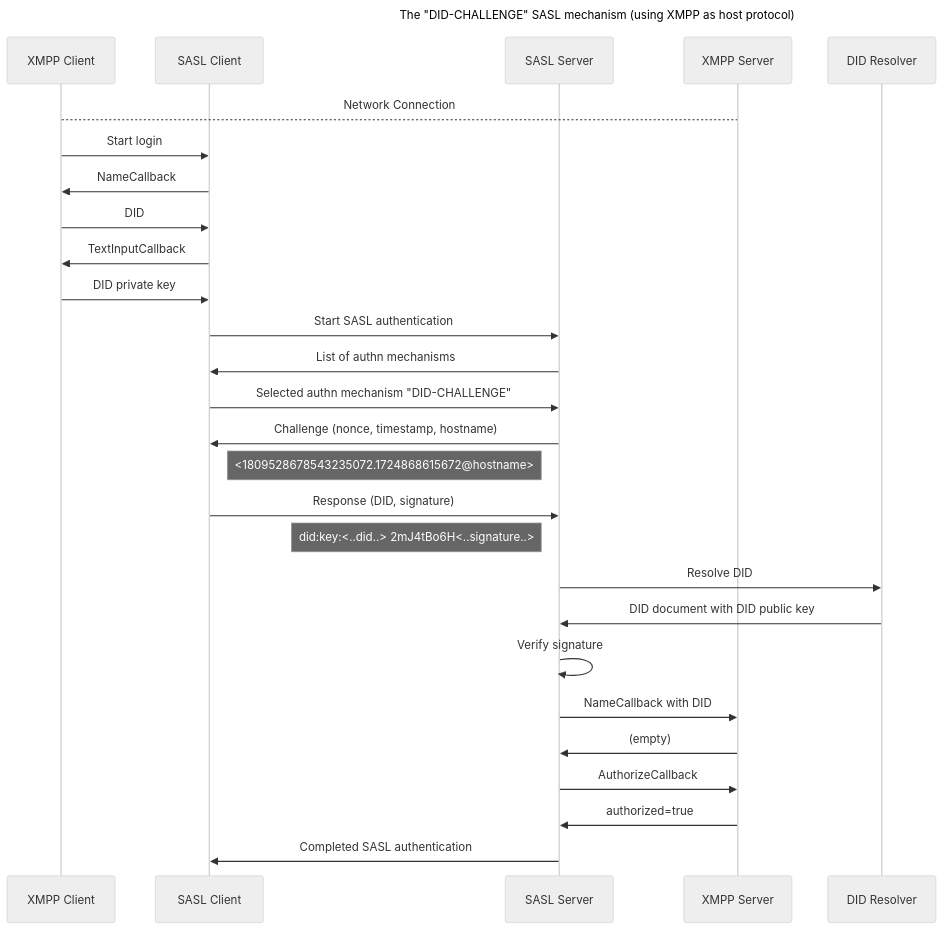
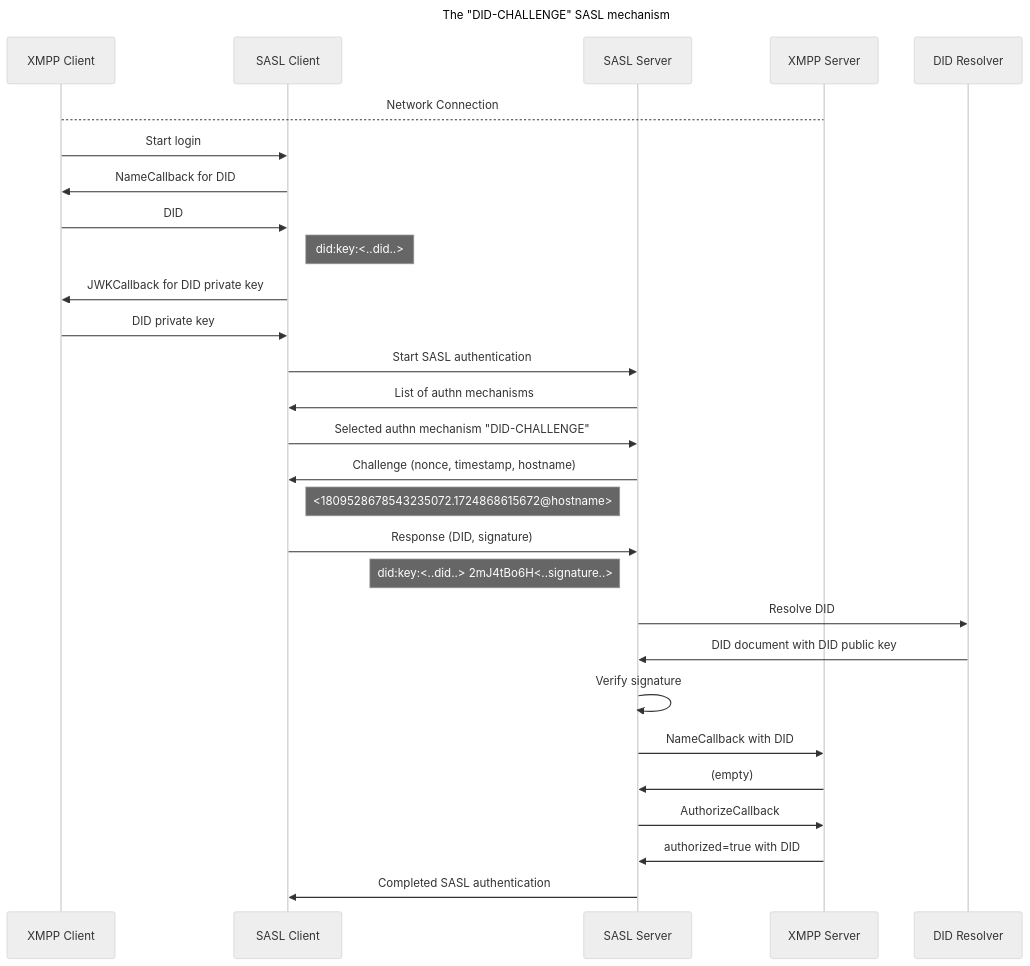
One commit to peacekeeper/java-sasl-did-mechanism changed the diagram in README.md. Above: the diagram before and after it, drawn with Mermaid (neutral theme).

Commit message:
Update sequence diagram in README

````diff
--- a/README.md
+++ b/README.md
@@ -57,30 +57,31 @@
 ```mermaid
 sequenceDiagram
-    title The "DID-CHALLENGE" SASL mechanism (using XMPP as host protocol)
-    participant XMPPClient as XMPP Client
+    title The "DID-CHALLENGE" SASL mechanism
+    participant ProtocolClient as XMPP Client
     participant SASLClient as SASL Client
     participant SASLServer as SASL Server
-    participant XMPPServer as XMPP Server
+    participant ProtocolServer as XMPP Server
     participant DIDResolver as DID Resolver
-    XMPPClient-->XMPPServer: Network Connection
-    XMPPClient->>SASLClient: Start login
-    SASLClient->>XMPPClient: NameCallback
-    XMPPClient->>SASLClient: DID
-    SASLClient->>XMPPClient: TextInputCallback
-    XMPPClient->>SASLClient: DID private key
+    ProtocolClient-->ProtocolServer: Network Connection
+    ProtocolClient->>SASLClient: Start login
+    SASLClient->>ProtocolClient: NameCallback for DID
+    ProtocolClient->>SASLClient: DID
+    note right of SASLClient: did:key:<..did..>
+    SASLClient->>ProtocolClient: JWKCallback for DID private key
+    ProtocolClient->>SASLClient: DID private key
     SASLClient->>SASLServer: Start SASL authentication
     SASLServer->>SASLClient: List of authn mechanisms
     SASLClient->>SASLServer: Selected authn mechanism "DID-CHALLENGE"
     SASLServer->>SASLClient: Challenge (nonce, timestamp, hostname)
     note right of SASLClient: <1809528678543235072.1724868615672@hostname>
     SASLClient->>SASLServer: Response (DID, signature)
     note left of SASLServer: did:key:<..did..> 2mJ4tBo6H<..signature..>
     SASLServer->>DIDResolver: Resolve DID
     DIDResolver->>SASLServer: DID document with DID public key
     SASLServer->>SASLServer: Verify signature
-    SASLServer->>XMPPServer: NameCallback with DID
-    XMPPServer->>SASLServer: (empty)
-    SASLServer->>XMPPServer: AuthorizeCallback
-    XMPPServer->>SASLServer: authorized=true
+    SASLServer->>ProtocolServer: NameCallback with DID
+    ProtocolServer->>SASLServer: (empty)
+    SASLServer->>ProtocolServer: AuthorizeCallback
+    ProtocolServer->>SASLServer: authorized=true with DID
     SASLServer->>SASLClient: Completed SASL authentication
 ```
````
